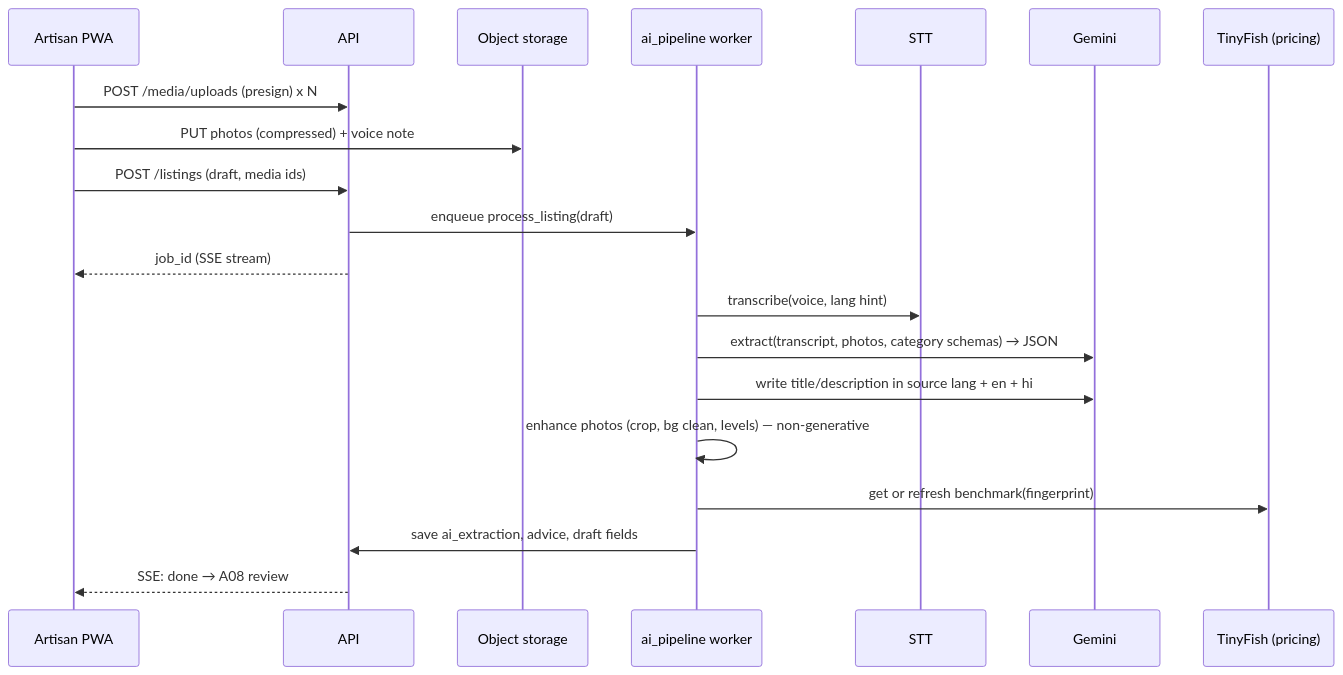
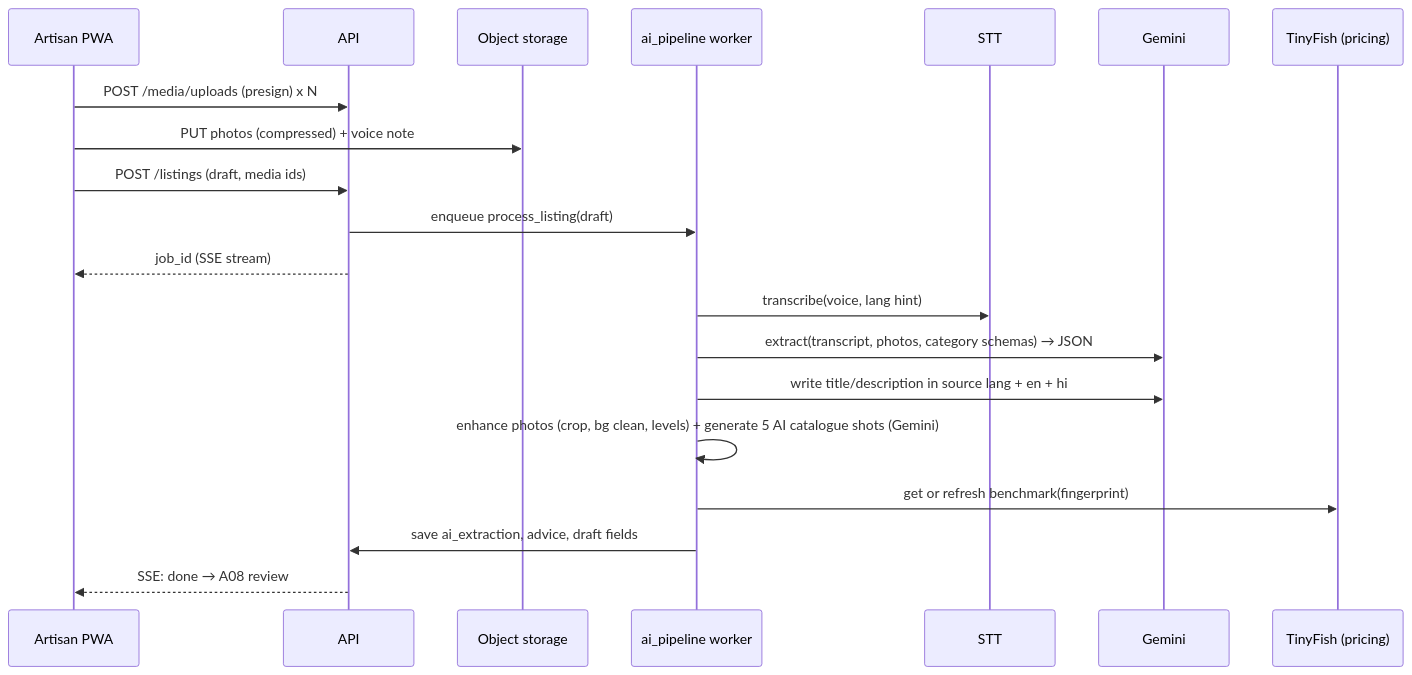
Before and after one commit to ScRocXx/KARU: the second of 4 diagrams in docs/KARU_TECHNICAL_SPEC.md, drawn with Mermaid. The commit also changed other lines of this file and 38 other files, not shown here.

Commit message:
feat(ai): 5 marketplace-style AI catalogue shots with progressive rendering and placeholders

````diff
--- a/docs/KARU_TECHNICAL_SPEC.md
+++ b/docs/KARU_TECHNICAL_SPEC.md
@@ -348,22 +348,22 @@
 ```mermaid
 sequenceDiagram
   participant P as Artisan PWA
   participant API
   participant OS as Object storage
   participant W as ai_pipeline worker
   participant STT
   participant G as Gemini
   participant TF as TinyFish (pricing)
   P->>API: POST /media/uploads (presign) x N
   P->>OS: PUT photos (compressed) + voice note
   P->>API: POST /listings (draft, media ids)
   API->>W: enqueue process_listing(draft)
   API-->>P: job_id (SSE stream)
   W->>STT: transcribe(voice, lang hint)
   W->>G: extract(transcript, photos, category schemas) → JSON
   W->>G: write title/description in source lang + en + hi
-  W->>W: enhance photos (crop, bg clean, levels) — non-generative
+  W->>W: enhance photos (crop, bg clean, levels) + generate 5 AI catalogue shots (Gemini)
   W->>TF: get or refresh benchmark(fingerprint)
   W->>API: save ai_extraction, advice, draft fields
   API-->>P: SSE: done → A08 review
 ```
````
